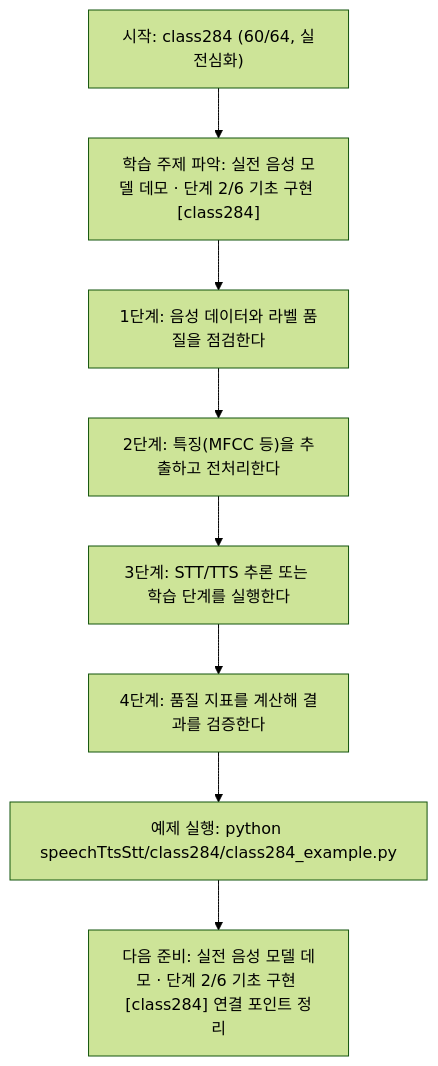
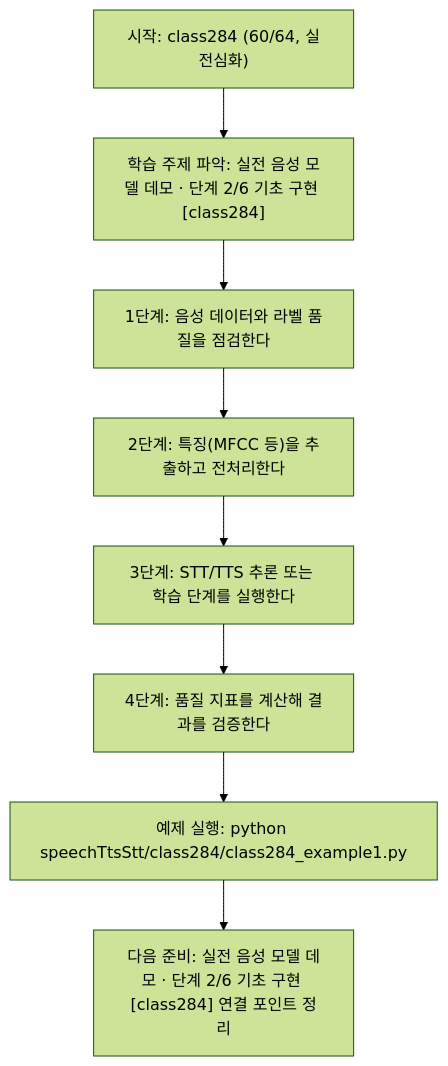
Before and after one commit to edumgt/Python-AI_Agent-Class: the diagram in speechTtsStt/class284/class284.md, drawn with Mermaid (forest theme). The commit also changed other lines of this file and 2959 other files, not shown here.

````diff
--- a/speechTtsStt/class284/class284.md
+++ b/speechTtsStt/class284/class284.md
@@ -115,18 +115,18 @@
 ```mermaid
 flowchart TD
 N1["시작: class284 (60/64, 실전심화)"]
 N2["학습 주제 파악: 실전 음성 모델 데모 · 단계 2/6 기초 구현 [class284]"]
 N3["1단계: 음성 데이터와 라벨 품질을 점검한다"]
 N4["2단계: 특징(MFCC 등)을 추출하고 전처리한다"]
 N5["3단계: STT/TTS 추론 또는 학습 단계를 실행한다"]
 N6["4단계: 품질 지표를 계산해 결과를 검증한다"]
-N7["예제 실행: python speechTtsStt/class284/class284_example.py"]
+N7["예제 실행: python speechTtsStt/class284/class284_example1.py"]
 N8["다음 준비: 실전 음성 모델 데모 · 단계 2/6 기초 구현 [class284] 연결 포인트 정리"]
 N1 --> N2
 N2 --> N3
 N3 --> N4
 N4 --> N5
 N5 --> N6
 N6 --> N7
 N7 --> N8
 ```
````
